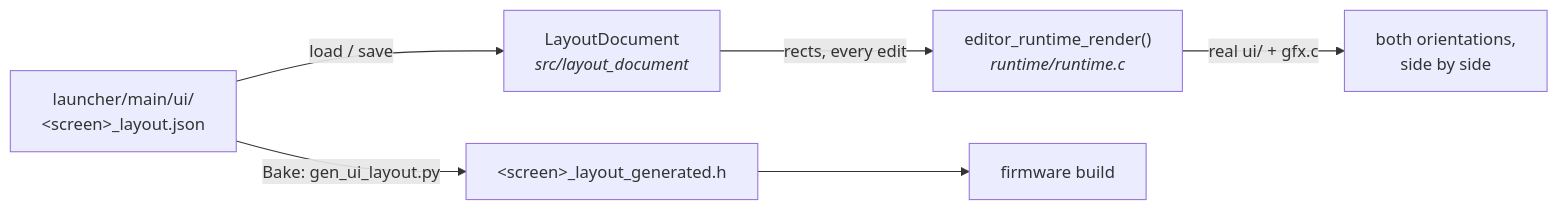
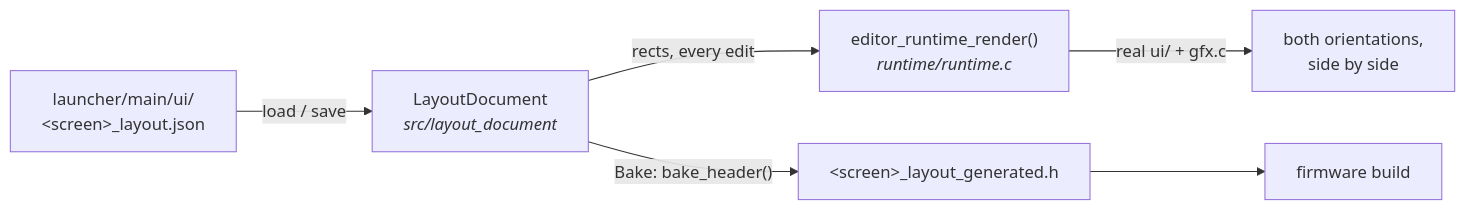
One commit to jose-villegas/autana changed the diagram in editor/README.md. Above: the diagram before and after it, drawn with Mermaid. The commit also changed other lines of this file and 37 other files, not shown here.

````diff
--- a/editor/README.md
+++ b/editor/README.md
@@ -13,8 +13,8 @@
 ```mermaid
 flowchart LR
     JSON["launcher/main/ui/<br/>&lt;screen&gt;_layout.json"] -->|load / save| DOC["LayoutDocument<br/><i>src/layout_document</i>"]
     DOC -->|rects, every edit| RT["editor_runtime_render()<br/><i>runtime/runtime.c</i>"]
     RT -->|"real ui/ + gfx.c"| PREVIEW["both orientations,<br/>side by side"]
-    JSON -->|"Bake: gen_ui_layout.py"| HEADER["&lt;screen&gt;_layout_generated.h"]
+    DOC -->|"Bake: bake_header()"| HEADER["&lt;screen&gt;_layout_generated.h"]
     HEADER --> FW["firmware build"]
 ```
````
